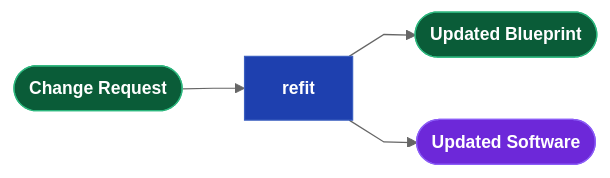
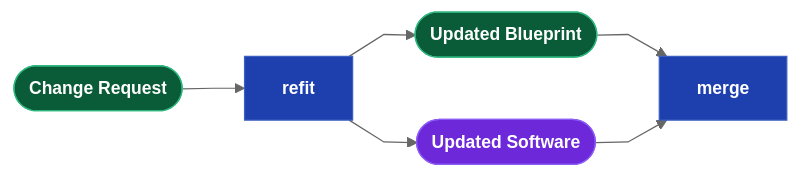
Before and after one commit to webcloudstudio/Drydock: the sixth of 8 diagrams in docs/Drydock_Specification.md, drawn with Mermaid.

Commit message:
Phase 4 refit diagram: add merge box downstream of Updated Blueprint and Updated Software

````diff
--- a/docs/Drydock_Specification.md
+++ b/docs/Drydock_Specification.md
@@ -459,14 +459,16 @@
 ```mermaid
 %%{init: {'theme': 'neutral', 'flowchart': {'curve': 'linear'}, 'themeVariables': {'fontSize': '14px'}}}%%
 flowchart LR
   classDef dir    fill:#0a5c38,stroke:#2cb67d,color:#fff,font-weight:bold
   classDef md     fill:#d4a017,stroke:#a07810,color:#111,font-weight:bold
   classDef script fill:#1e40af,stroke:#3b5fc0,color:#fff,font-weight:bold
   classDef prompt fill:#c2410c,stroke:#ea580c,color:#fff,font-weight:bold
   classDef output fill:#6d28d9,stroke:#8b5cf6,color:#fff,font-weight:bold
   classDef web    fill:#be123c,stroke:#fb7185,color:#fff,font-weight:bold
 
   CHANGE(["Change Request"]):::dir --> REFIT["refit"]:::script
   REFIT --> SPECOUT(["Updated Blueprint"]):::dir
   REFIT --> SOFTWARE(["Updated Software"]):::output
+  SPECOUT --> MERGE["merge"]:::script
+  SOFTWARE --> MERGE
 ```
````
